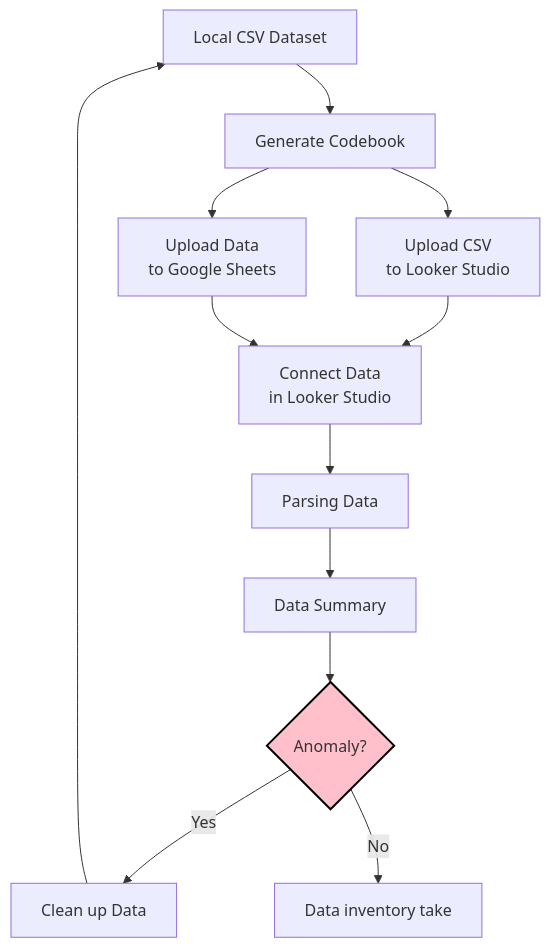
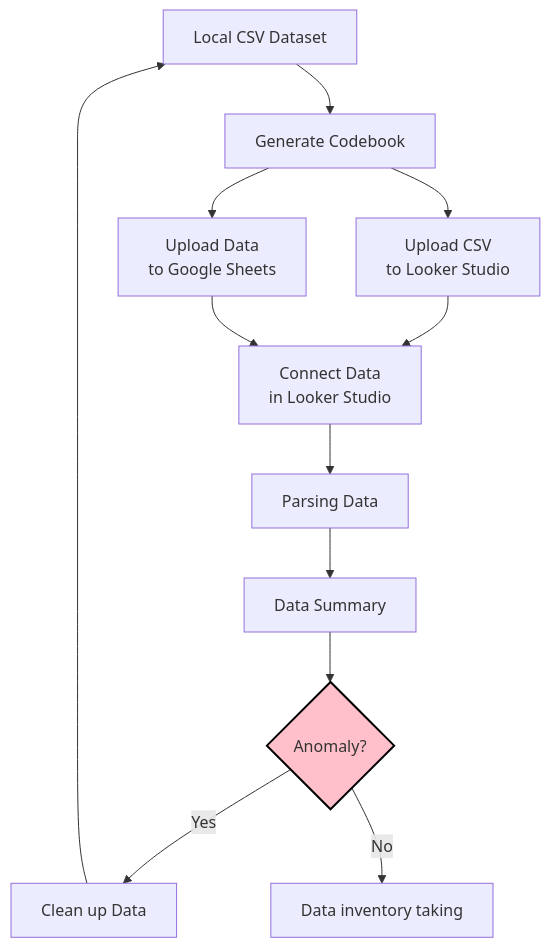
Before and after one commit to tpemartin/113-2-data-visualization: the diagram in Lecture-notes/09-tidy-data.md, drawn with Mermaid. The commit also changed other lines of this file, not shown here.

````diff
--- a/Lecture-notes/09-tidy-data.md
+++ b/Lecture-notes/09-tidy-data.md
@@ -5,20 +5,20 @@
 ```mermaid
 flowchart TD
   classDef pink fill:#FFC0CB,stroke:#000,stroke-width:2px;
   A["Local CSV Dataset"] --> B["Generate Codebook"]
   B --> B2["Upload CSV 
   to Looker Studio"]
   B --> C["Upload Data 
   to Google Sheets"]
   B2 --> D
   C --> D["Connect Data 
   in Looker Studio"]
   D --> D2["Parsing Data"]
   D2 --> E["Data Summary"]
   E --> F{"Anomaly?"}
   F -- Yes --> G["Clean up Data"]
   G --> A
-  F -- No --> H["Data inventory take"]
+  F -- No --> H["Data inventory taking "]
 
   class F pink;
 ```
````
